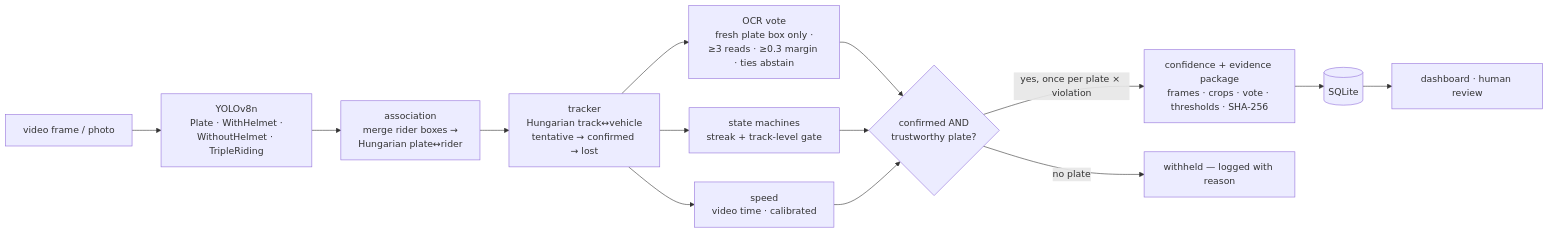
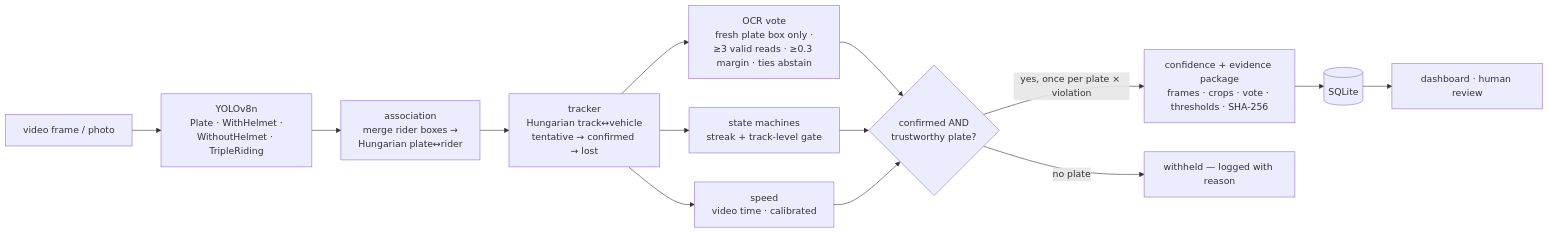
Before and after one commit to adivishall/two-wheeler-safety: the diagram in README.md, drawn with Mermaid. The commit also changed other lines of this file and 13 other files, not shown here.

````diff
--- a/README.md
+++ b/README.md
@@ -24,15 +24,15 @@
 ```mermaid
 flowchart LR
     V[video frame / photo] --> Y[YOLOv8n<br/>Plate · WithHelmet ·<br/>WithoutHelmet · TripleRiding]
     Y --> A[association<br/>merge rider boxes →<br/>Hungarian plate↔rider]
     A --> T[tracker<br/>Hungarian track↔vehicle<br/>tentative → confirmed → lost]
-    T --> O[OCR vote<br/>fresh plate box only ·<br/>≥3 reads · ≥0.3 margin · ties abstain]
+    T --> O[OCR vote<br/>fresh plate box only ·<br/>≥3 valid reads · ≥0.3 margin · ties abstain]
     T --> S[state machines<br/>streak + track-level gate]
     T --> SP[speed<br/>video time · calibrated]
     O --> D{confirmed AND<br/>trustworthy plate?}
     S --> D
     SP --> D
     D -->|yes, once per plate × violation| E[confidence + evidence package<br/>frames · crops · vote · thresholds · SHA-256]
     D -->|no plate| W[withheld — logged with reason]
     E --> DB[(SQLite)] --> R[dashboard · human review]
 ```
````
